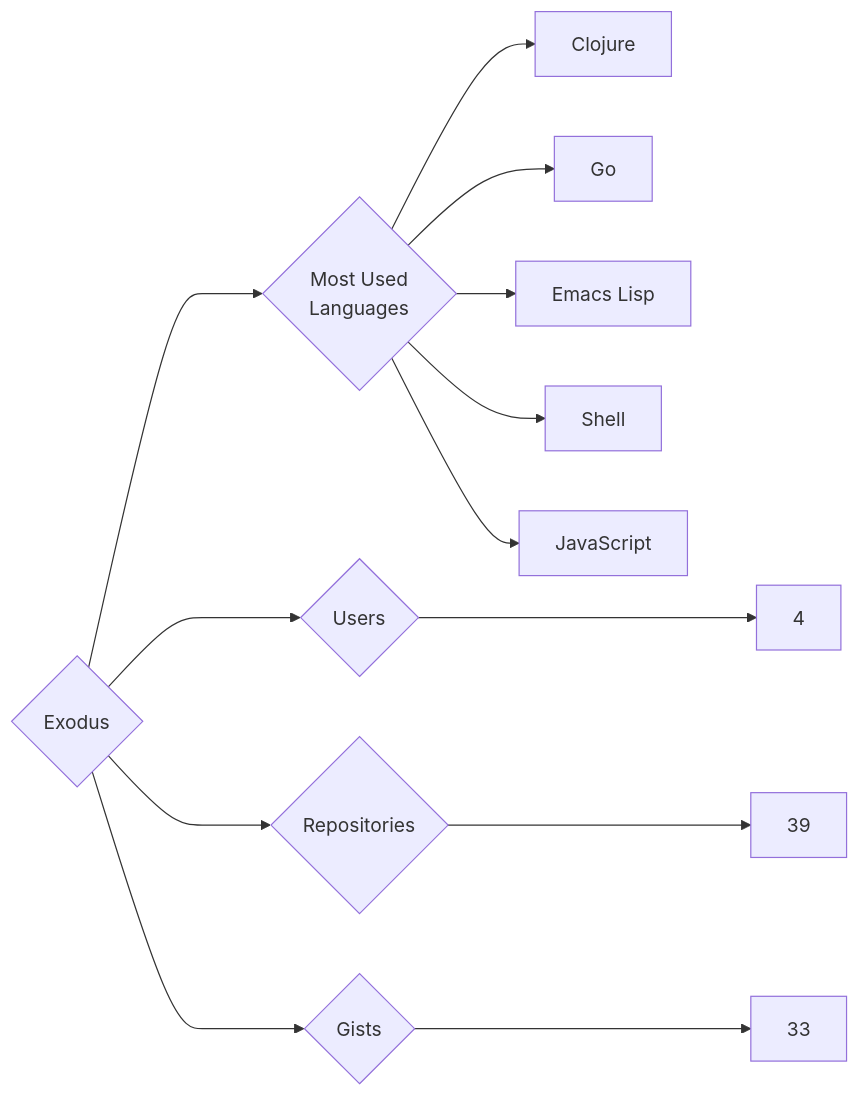
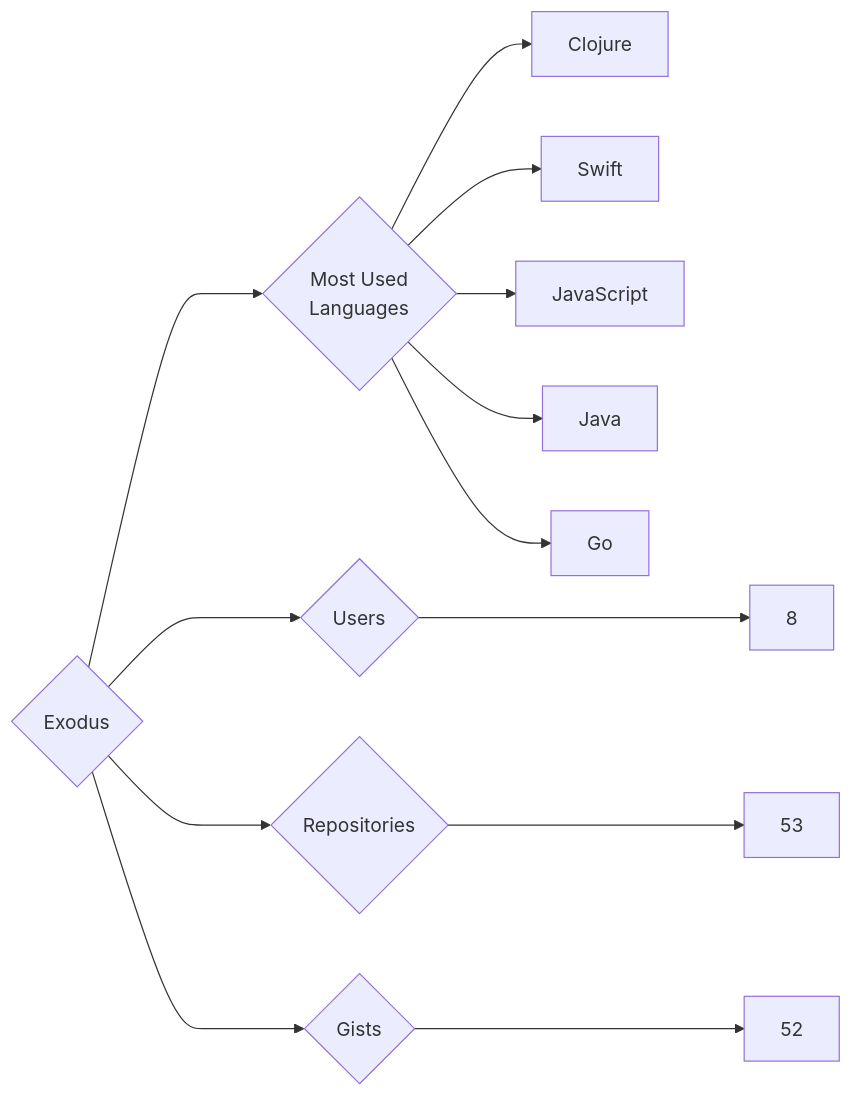
The diagram in targets/Exodus/README.md (trickest/insiders), drawn with Mermaid before and after one commit. The commit also changed 1167 other files, not shown here.

````diff
--- a/targets/Exodus/README.md
+++ b/targets/Exodus/README.md
@@ -3,13 +3,13 @@
 ```mermaid
 graph LR
 COMPANY_NAME{Exodus}
-COMPANY_NAME ---> U{Users} ---> UN[4]
-COMPANY_NAME ---> R{Repositories} ---> RN[39]
-COMPANY_NAME ---> G{Gists} ---> GN[33]
+COMPANY_NAME ---> U{Users} ---> UN[8]
+COMPANY_NAME ---> R{Repositories} ---> RN[53]
+COMPANY_NAME ---> G{Gists} ---> GN[52]
 COMPANY_NAME ---> ML{Most Used<br>Languages}
 ML --> Clojure[Clojure]
+ML --> Swift[Swift]
+ML --> JavaScript[JavaScript]
+ML --> Java[Java]
 ML --> Go[Go]
-ML --> Emacs_Lisp[Emacs Lisp]
-ML --> Shell[Shell]
-ML --> JavaScript[JavaScript]
 ```
````
